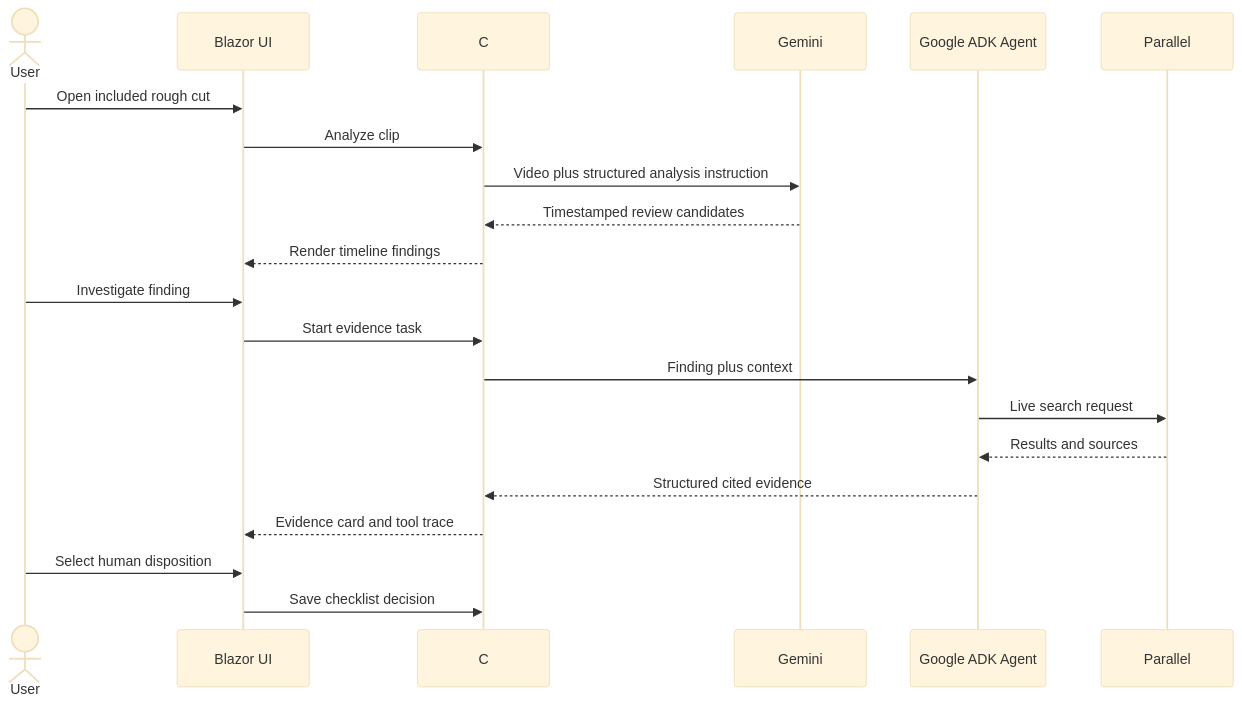
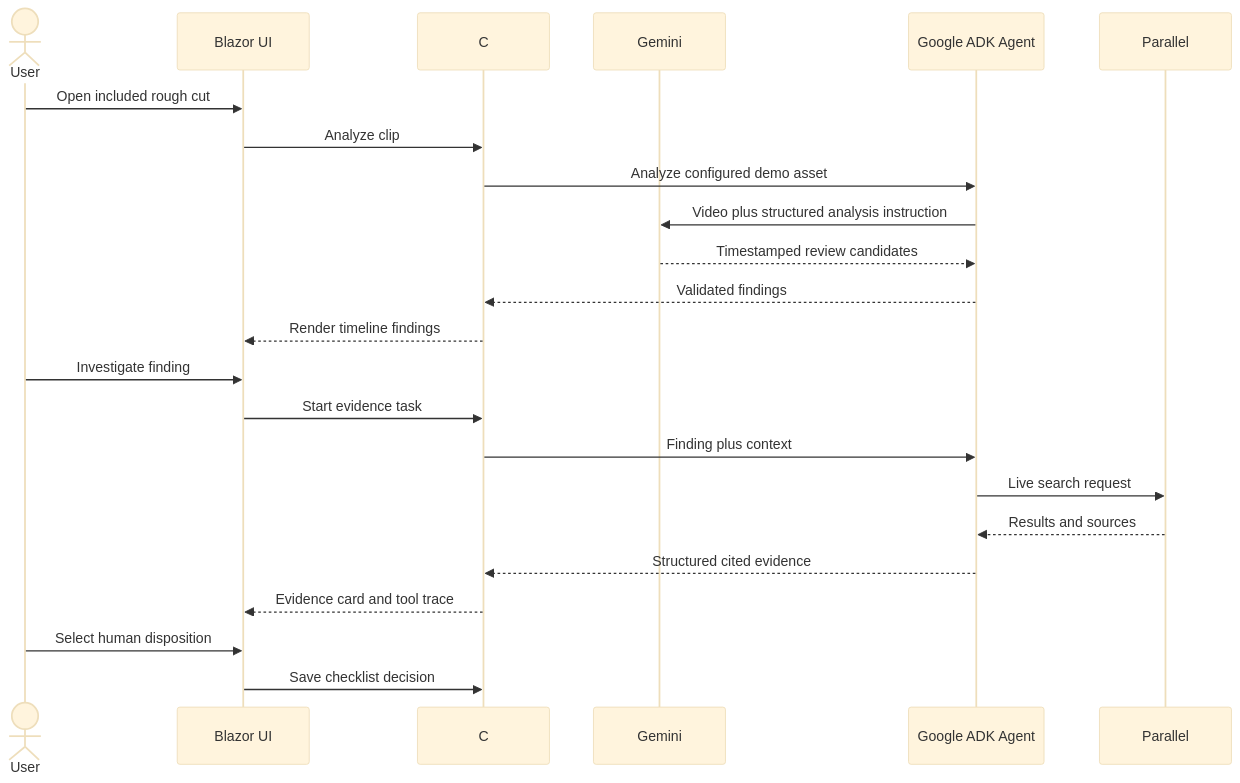
Before and after one commit to jlhpacheco/clearcut: the second of 2 diagrams in docs/ARCHITECTURE.md, drawn with Mermaid (base theme). The commit also changed other lines of this file and 3 other files, not shown here.

````diff
--- a/docs/ARCHITECTURE.md
+++ b/docs/ARCHITECTURE.md
@@ -25,23 +25,25 @@
 ```mermaid
 sequenceDiagram
     actor User
     participant UI as Blazor UI
-    participant API as C# API
+    participant API as C# Web Service
     participant Gemini
     participant Agent as Google ADK Agent
     participant Parallel
     User->>UI: Open included rough cut
     UI->>API: Analyze clip
-    API->>Gemini: Video plus structured analysis instruction
-    Gemini-->>API: Timestamped review candidates
+    API->>Agent: Analyze configured demo asset
+    Agent->>Gemini: Video plus structured analysis instruction
+    Gemini-->>Agent: Timestamped review candidates
+    Agent-->>API: Validated findings
     API-->>UI: Render timeline findings
     User->>UI: Investigate finding
     UI->>API: Start evidence task
     API->>Agent: Finding plus context
     Agent->>Parallel: Live search request
     Parallel-->>Agent: Results and sources
     Agent-->>API: Structured cited evidence
     API-->>UI: Evidence card and tool trace
     User->>UI: Select human disposition
     UI->>API: Save checklist decision
 ```
````
